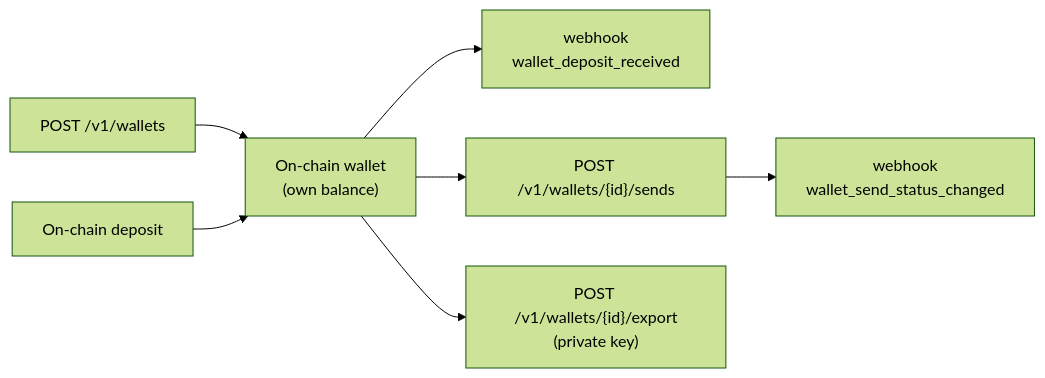
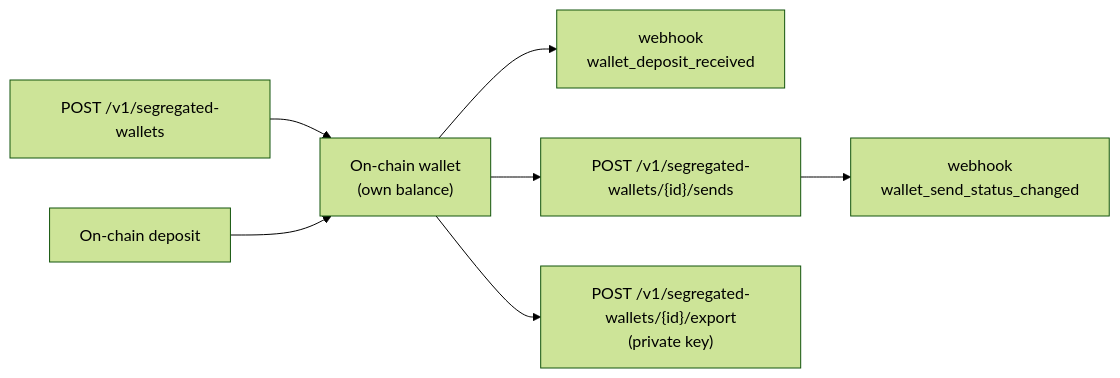
Before and after one commit to SaturoS17/docs: the diagram in en/guides/segregated-wallets.mdx, drawn with Mermaid (forest theme). The commit also changed other lines of this file and 22 other files, not shown here.

Commit message:
docs: segregated wallets move to /v1/segregated-wallets (breaking, v1.60) + type discriminators

````diff
--- a/en/guides/segregated-wallets.mdx
+++ b/en/guides/segregated-wallets.mdx
@@ -30,9 +37,9 @@
 ```mermaid
 flowchart LR
-    create["POST /v1/wallets"] --> wallet["On-chain wallet<br/>(own balance)"]
+    create["POST /v1/segregated-wallets"] --> wallet["On-chain wallet<br/>(own balance)"]
     deposit["On-chain deposit"] --> wallet
     wallet --> whIn["webhook<br/>wallet_deposit_received"]
-    wallet --> send["POST /v1/wallets/{id}/sends"]
+    wallet --> send["POST /v1/segregated-wallets/{id}/sends"]
     send --> whOut["webhook<br/>wallet_send_status_changed"]
-    wallet --> export["POST /v1/wallets/{id}/export<br/>(private key)"]
+    wallet --> export["POST /v1/segregated-wallets/{id}/export<br/>(private key)"]
 ```
````
